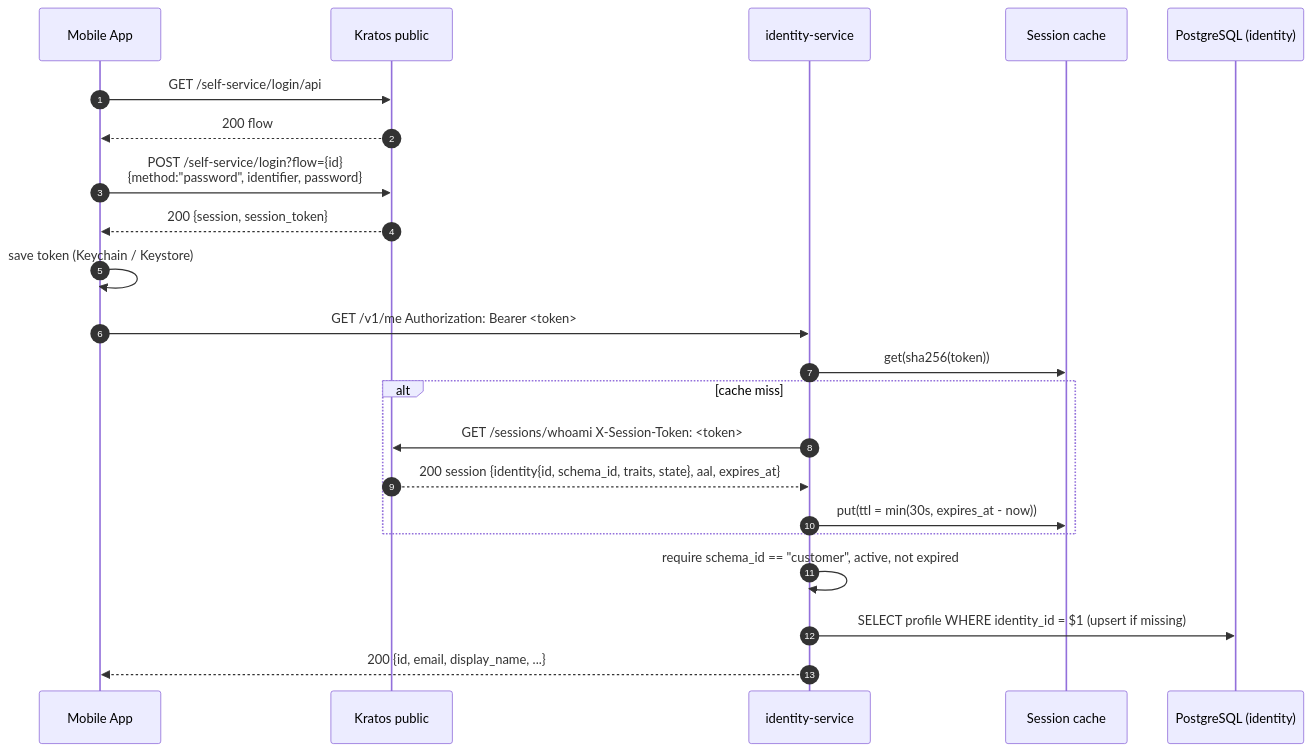
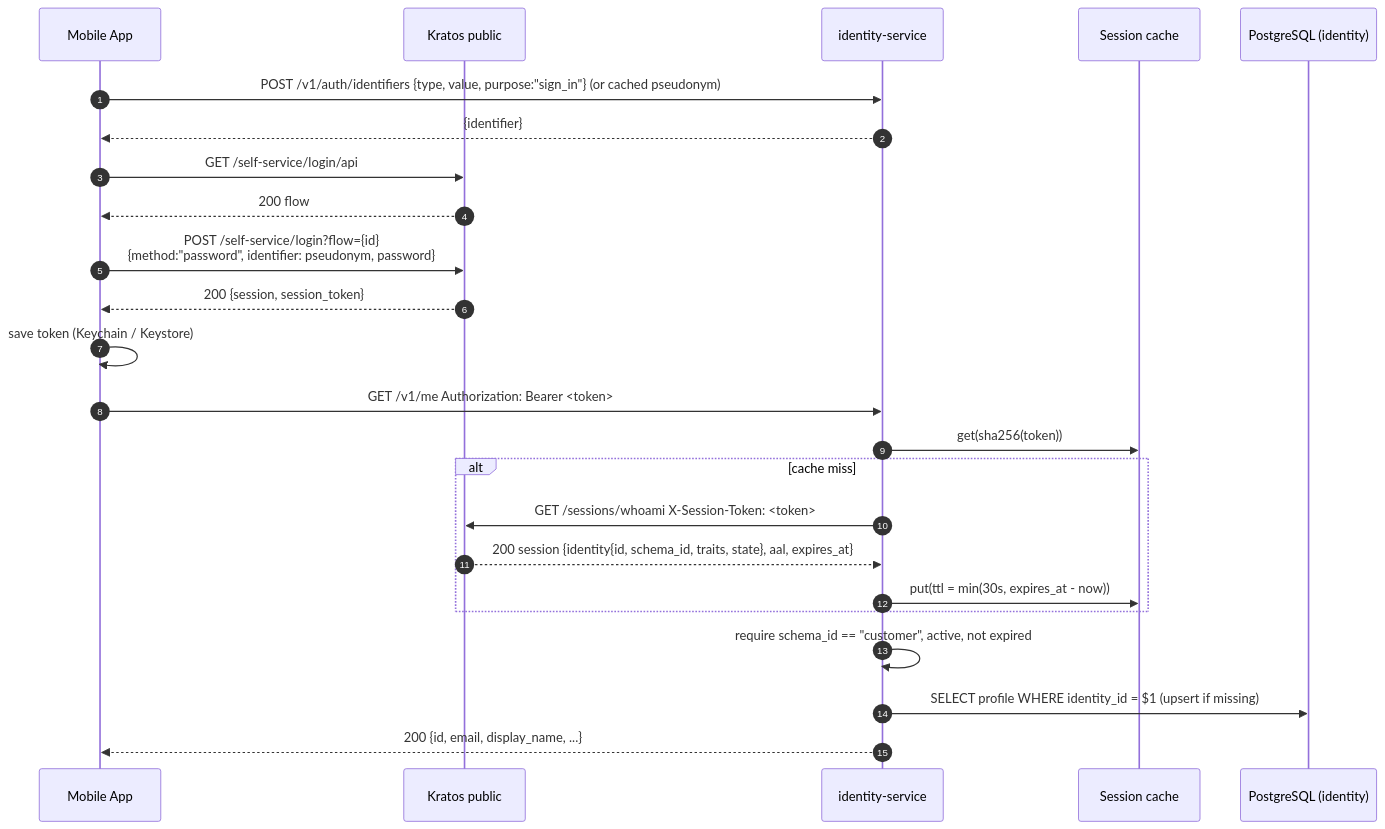
One commit to doitsu2014/go-ory-auth-example changed the second of 6 diagrams in docs/architecture/03-auth-flows.md. Above: the diagram before and after it, drawn with Mermaid. The commit also changed other lines of this file and 11 other files, not shown here.

First line of the commit message:
docs: ADR-0013 and architecture updates for pseudonymous logins

````diff
--- a/docs/architecture/03-auth-flows.md
+++ b/docs/architecture/03-auth-flows.md
@@ -68,26 +79,28 @@
 ```mermaid
 sequenceDiagram
   autonumber
   participant A as Mobile App
   participant K as Kratos public
   participant S as identity-service
   participant C as Session cache
   participant DB as PostgreSQL (identity)
 
+  A->>S: POST /v1/auth/identifiers {type, value, purpose:"sign_in"} (or cached pseudonym)
+  S-->>A: {identifier}
   A->>K: GET /self-service/login/api
   K-->>A: 200 flow
-  A->>K: POST /self-service/login?flow={id}<br/>{method:"password", identifier, password}
+  A->>K: POST /self-service/login?flow={id}<br/>{method:"password", identifier: pseudonym, password}
   K-->>A: 200 {session, session_token}
   A->>A: save token (Keychain / Keystore)
 
   A->>S: GET /v1/me  Authorization: Bearer <token>
   S->>C: get(sha256(token))
   alt cache miss
     S->>K: GET /sessions/whoami  X-Session-Token: <token>
     K-->>S: 200 session {identity{id, schema_id, traits, state}, aal, expires_at}
     S->>C: put(ttl = min(30s, expires_at - now))
   end
   S->>S: require schema_id == "customer", active, not expired
   S->>DB: SELECT profile WHERE identity_id = $1 (upsert if missing)
   S-->>A: 200 {id, email, display_name, ...}
 ```
````
